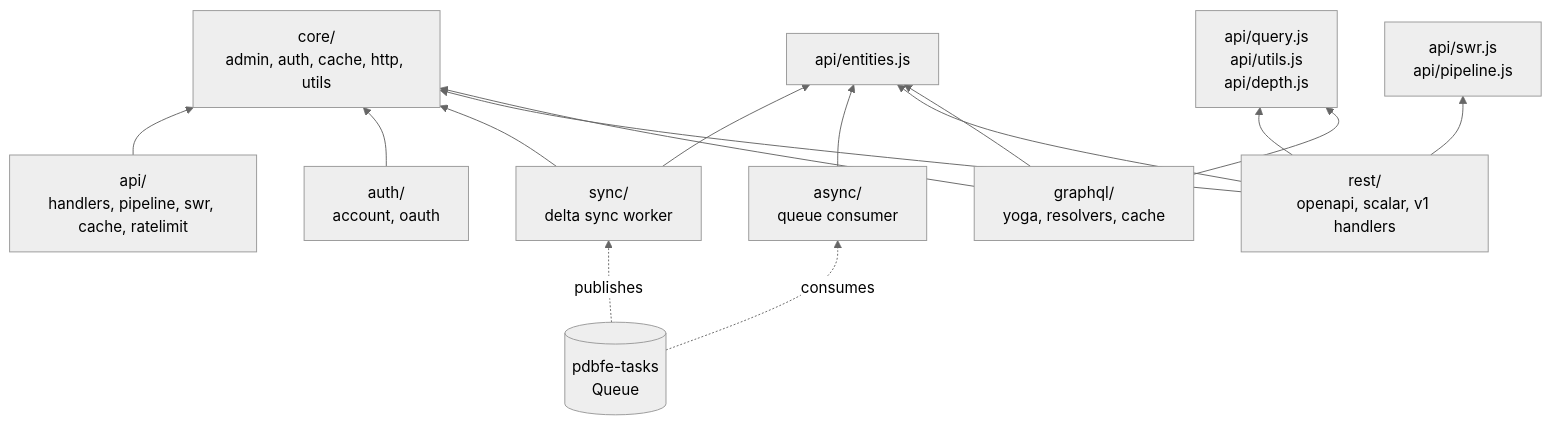
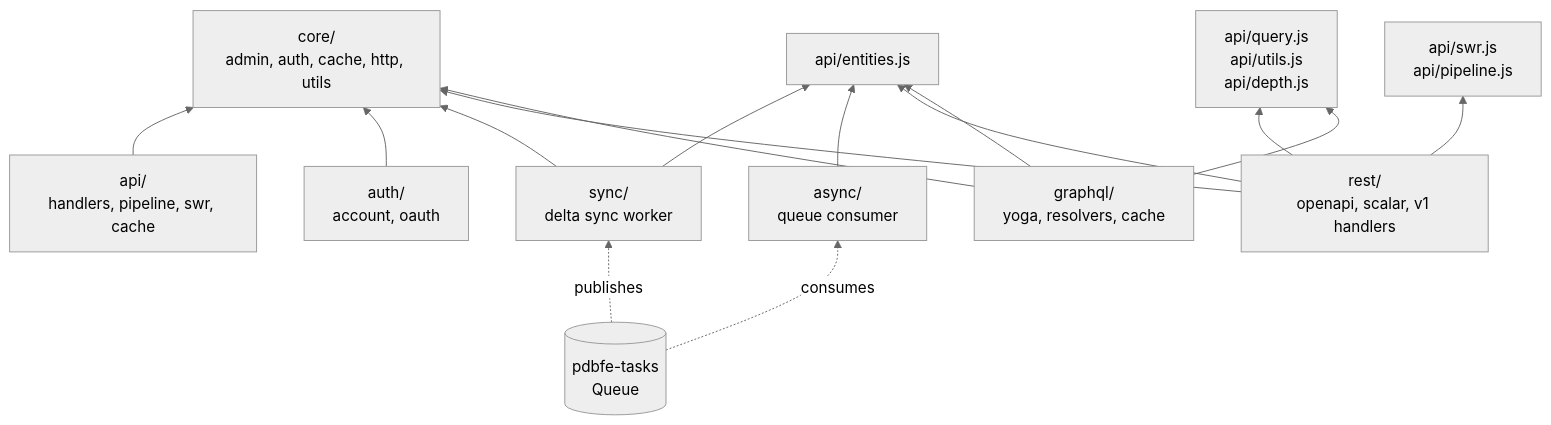
Before and after one commit to remcovanmook/pdbfe: the second of 2 diagrams in workers/index.md, drawn with Mermaid (neutral theme). The commit also changed other lines of this file and 21 other files, not shown here.

````diff
--- a/workers/index.md
+++ b/workers/index.md
@@ -34,18 +34,18 @@
 ```mermaid
 graph BT
     CORE["core/<br/>admin, auth, cache, http, utils"] 
-    API["api/<br/>handlers, pipeline, swr, cache, ratelimit"] --> CORE
+    API["api/<br/>handlers, pipeline, swr, cache"] --> CORE
     AUTH_W["auth/<br/>account, oauth"] --> CORE
     SYNC["sync/<br/>delta sync worker"] --> CORE
     SYNC --> API_ENT["api/entities.js"]
     ASYNC["async/<br/>queue consumer"] --> API_ENT
     REST["rest/<br/>openapi, scalar, v1 handlers"] --> CORE
     REST --> API_ENT
     REST --> API_Q["api/query.js<br/>api/utils.js<br/>api/depth.js"]
     REST --> API_SWR["api/swr.js<br/>api/pipeline.js"]
     GQL["graphql/<br/>yoga, resolvers, cache"] --> CORE
     GQL --> API_ENT
     GQL --> API_Q
     QUEUE[("pdbfe-tasks<br/>Queue")] -.->|publishes| SYNC
     QUEUE -.->|consumes| ASYNC
 ```
````
